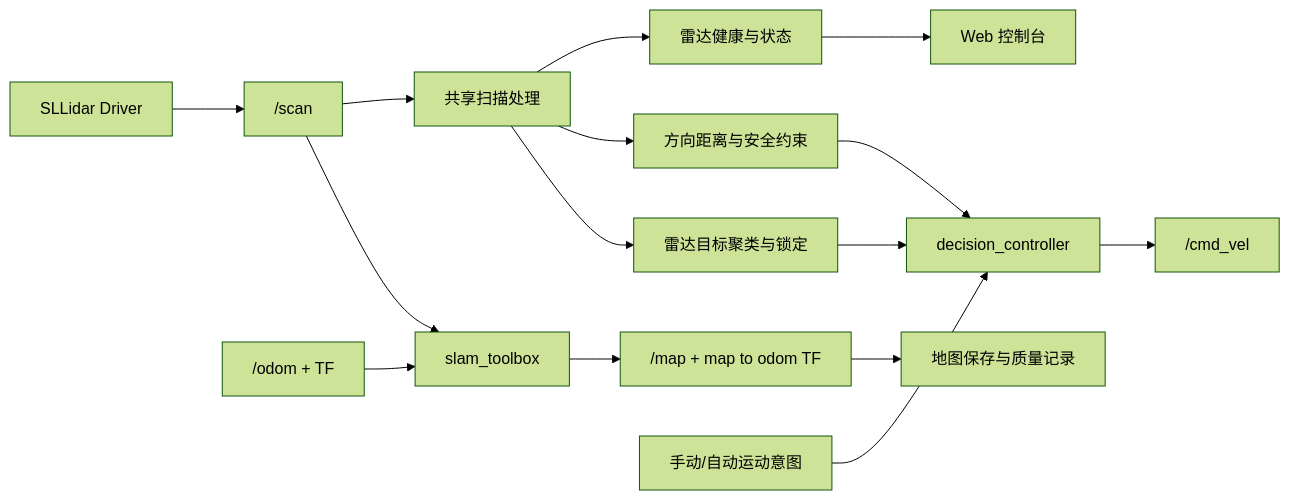
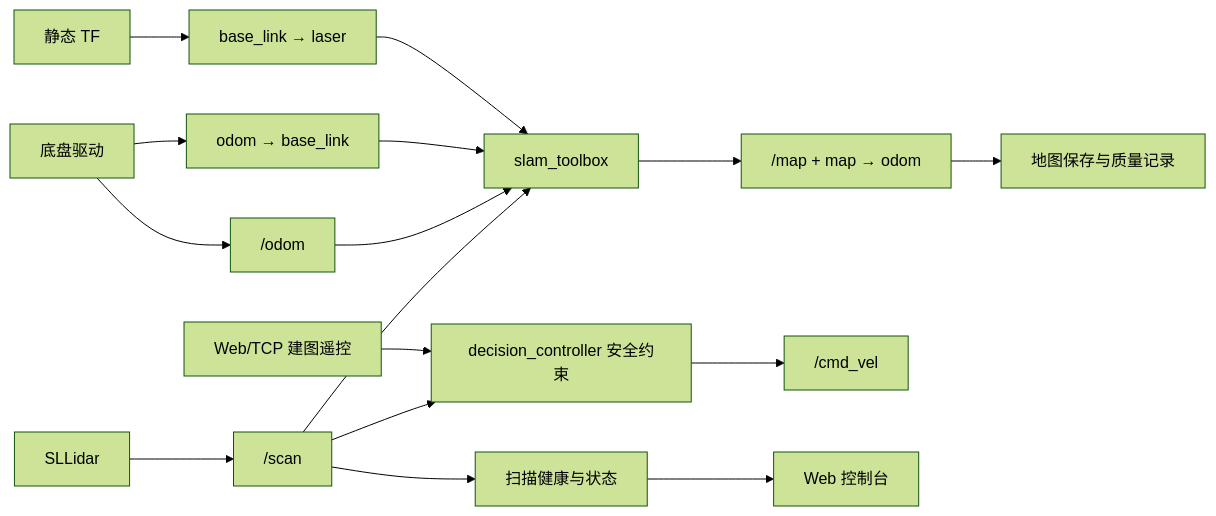
The diagram in docs/radar-module-design-development.md (xbai55/ros2-smart-car), drawn with Mermaid (forest theme) before and after one commit. The commit also changed other lines of this file and 36 other files, not shown here.

First line of the commit message:
feat: 完成雷达扫描与二维建图功能

````diff
--- a/docs/radar-module-design-development.md
+++ b/docs/radar-module-design-development.md
@@ -97,17 +76,18 @@
 ```mermaid
 flowchart LR
-    L["SLLidar Driver"] --> S["/scan"]
-    S --> P["共享扫描处理"]
-    P --> H["雷达健康与状态"]
-    P --> D["方向距离与安全约束"]
-    P --> T["雷达目标聚类与锁定"]
-    S --> M["slam_toolbox"]
-    O["/odom + TF"] --> M
-    M --> MAP["/map + map to odom TF"]
-    H --> WEB["Web 控制台"]
+    L["SLLidar"] --> S["/scan"]
+    B["底盘驱动"] --> O["/odom"]
+    B --> TF1["odom → base_link"]
+    ST["静态 TF"] --> TF2["base_link → laser"]
+    S --> HEALTH["扫描健康与状态"]
+    S --> SAFE["decision_controller 安全约束"]
+    S --> SLAM["slam_toolbox"]
+    O --> SLAM
+    TF1 --> SLAM
+    TF2 --> SLAM
+    SLAM --> MAP["/map + map → odom"]
+    UI["Web/TCP 建图遥控"] --> SAFE
+    SAFE --> CMD["/cmd_vel"]
     MAP --> SAVE["地图保存与质量记录"]
-    T --> DC["decision_controller"]
-    D --> DC
-    UI["手动/自动运动意图"] --> DC
-    DC --> C["/cmd_vel"]
+    HEALTH --> WEB["Web 控制台"]
 ```
````
